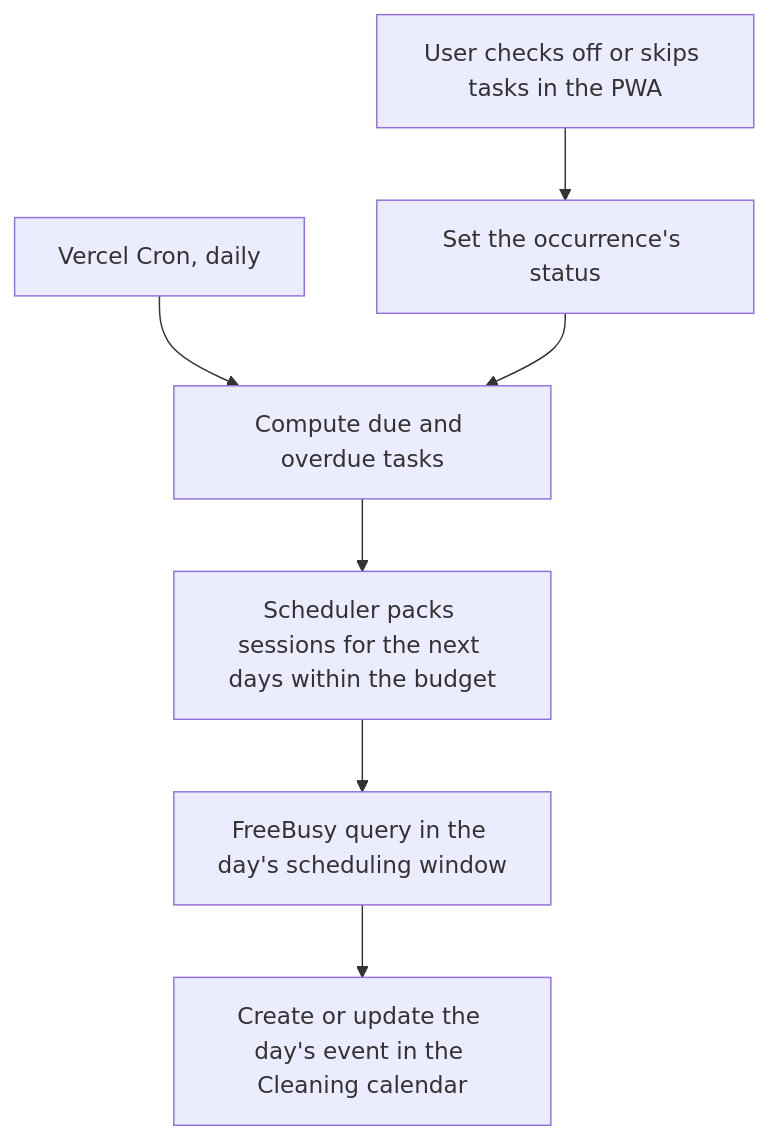
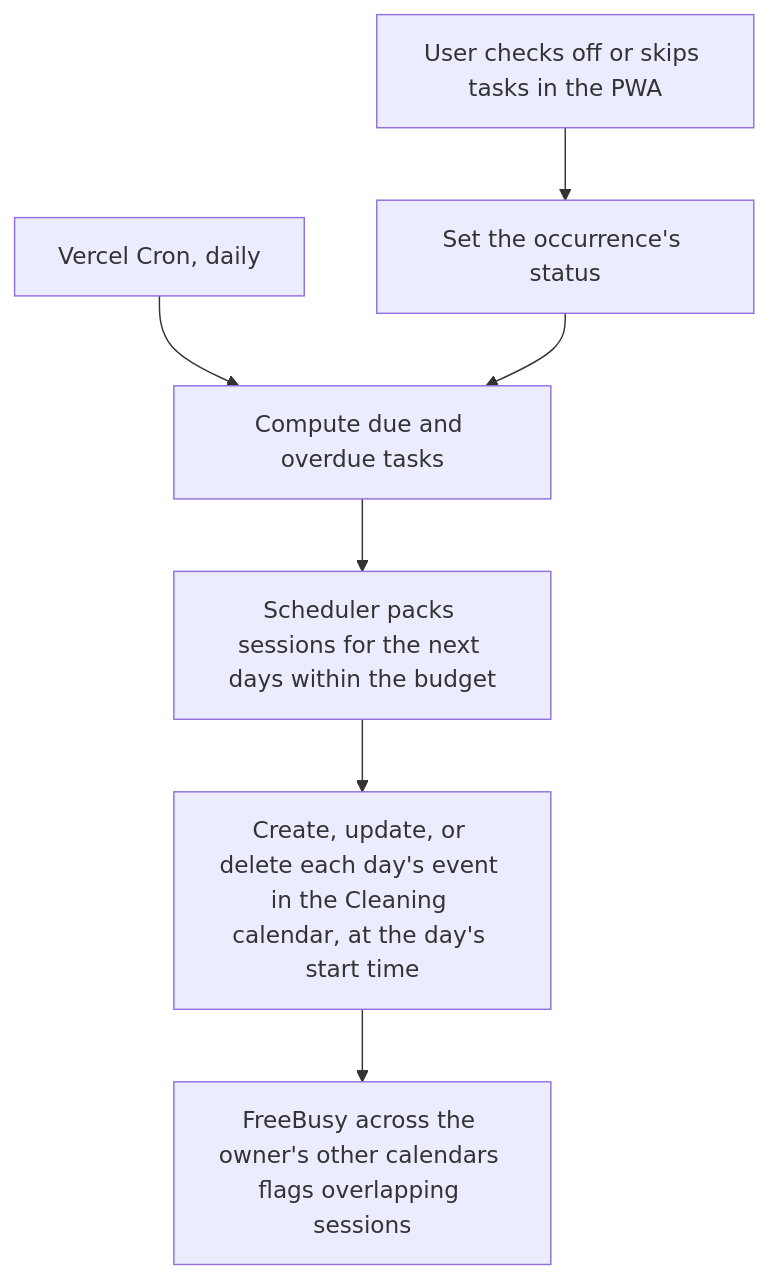
The third of 3 diagrams in docs/ARCHITECTURE.md (MrTrukiny/my_better_self), drawn with Mermaid before and after one commit. The commit also changed other lines of this file and 50 other files, not shown here.

````diff
--- a/docs/ARCHITECTURE.md
+++ b/docs/ARCHITECTURE.md
@@ -128,9 +144,9 @@
 ```mermaid
 flowchart TD
   Cron["Vercel Cron, daily"] --> Due["Compute due and overdue tasks"]
   Due --> Pack["Scheduler packs sessions for the next days within the budget"]
-  Pack --> FreeBusy["FreeBusy query in the day's scheduling window"]
-  FreeBusy --> Upsert["Create or update the day's event in the Cleaning calendar"]
+  Pack --> Upsert["Create, update, or delete each day's event in the Cleaning calendar, at the day's start time"]
+  Upsert --> FreeBusy["FreeBusy across the owner's other calendars flags overlapping sessions"]
   CheckOff["User checks off or skips tasks in the PWA"] --> Update["Set the occurrence's status"]
   Update --> Due
 ```
````
